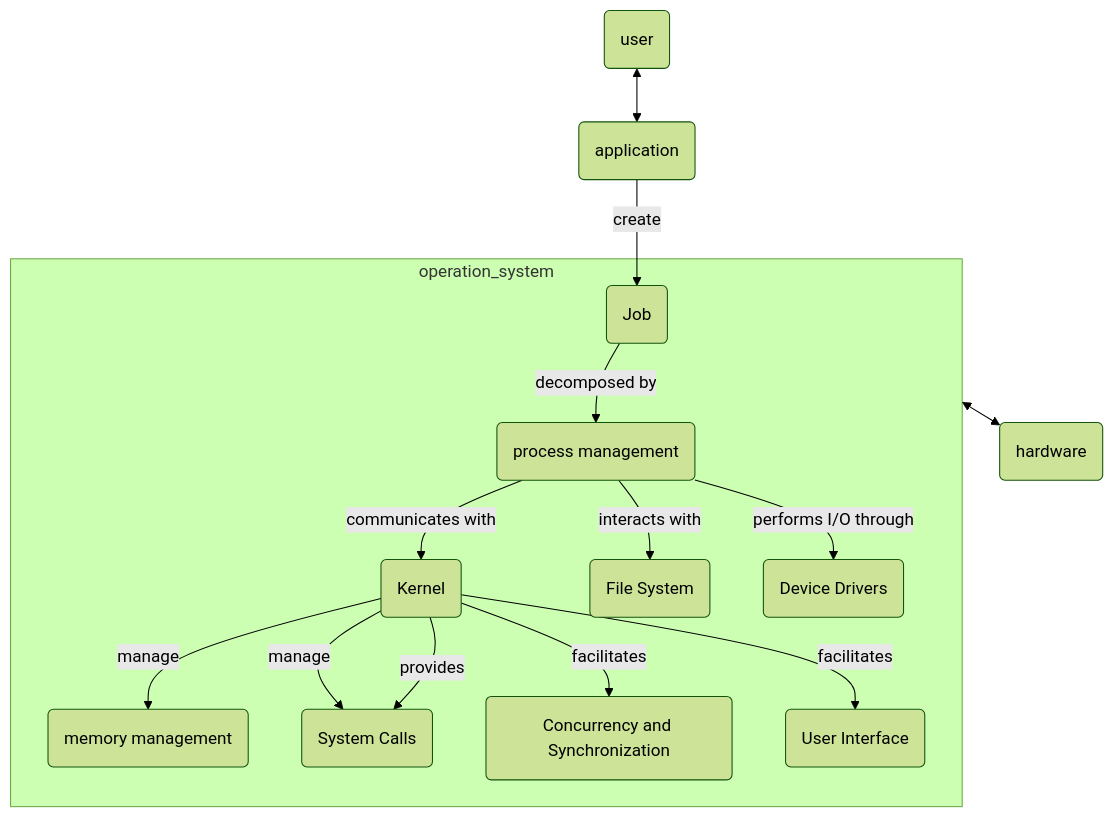
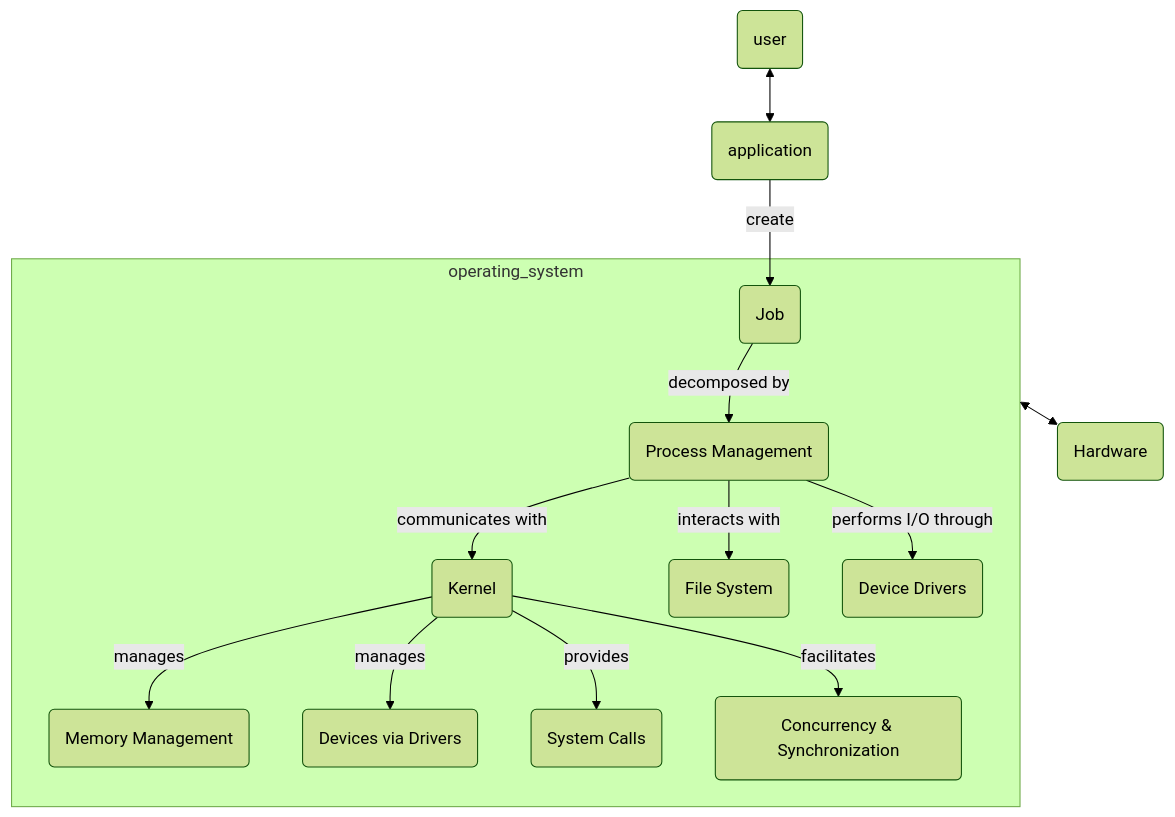
Before and after one commit to YCChenVictor/blog-articles: the diagram in concept/operating-system.md, drawn with Mermaid (forest theme). The commit also changed other lines of this file and 30 other files, not shown here.

````diff
--- a/concept/operating-system.md
+++ b/concept/operating-system.md
@@ -13,17 +13,16 @@
 ```mermaid
 graph TD
   user(user) <--> application(application)
-  application(application) --create--> job
-  subgraph operation_system
-    job(Job) --decomposed by--> process(process management)
-    process(process management) --communicates with--> kernel(kernel)
-    process(process management) --interacts with--> file_system(File System)
-    process(process management) --performs I/O through--> device_drivers(Device Drivers)
-    kernel(Kernel) --manage--> memory(memory management)
-    kernel(Kernel) --manage--> device(device driver)
-    kernel(Kernel) --provides--> device(System Calls)
-    kernel(Kernel) --facilitates--> concurrency_and_synchronization(Concurrency and Synchronization)
-    kernel(Kernel) --facilitates--> ui(User Interface)
+  application --create--> job
+  subgraph operating_system
+    job(Job) --decomposed by--> process(Process Management)
+    process --communicates with--> kernel(Kernel)
+    process --interacts with--> file_system(File System)
+    process --performs I/O through--> device_drivers(Device Drivers)
+    kernel --manages--> memory(Memory Management)
+    kernel --manages--> devices(Devices via Drivers)
+    kernel --provides--> system_calls(System Calls)
+    kernel --facilitates--> concurrency(Concurrency & Synchronization)
   end
-  operation_system(operation system) <--> hardware(hardware)
+  operating_system <--> hardware(Hardware)
 ```
````
